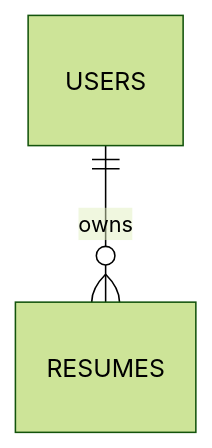
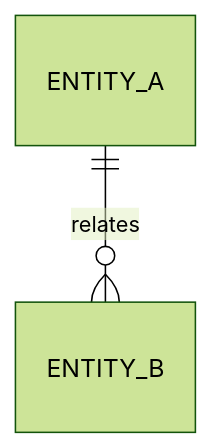
Before and after one commit to ql-link/LinkCV: the fourth of 4 diagrams in .ai/skills/solution-generator/solution.template.md, drawn with Mermaid (forest theme). The commit also changed other lines of this file and 28 other files, not shown here.

````diff
--- a/.ai/skills/solution-generator/solution.template.md
+++ b/.ai/skills/solution-generator/solution.template.md
@@ -181,4 +198,4 @@
 ```mermaid
 erDiagram
-    USERS ||--o{ RESUMES : owns
+    ENTITY_A ||--o{ ENTITY_B : relates
 ```
````
